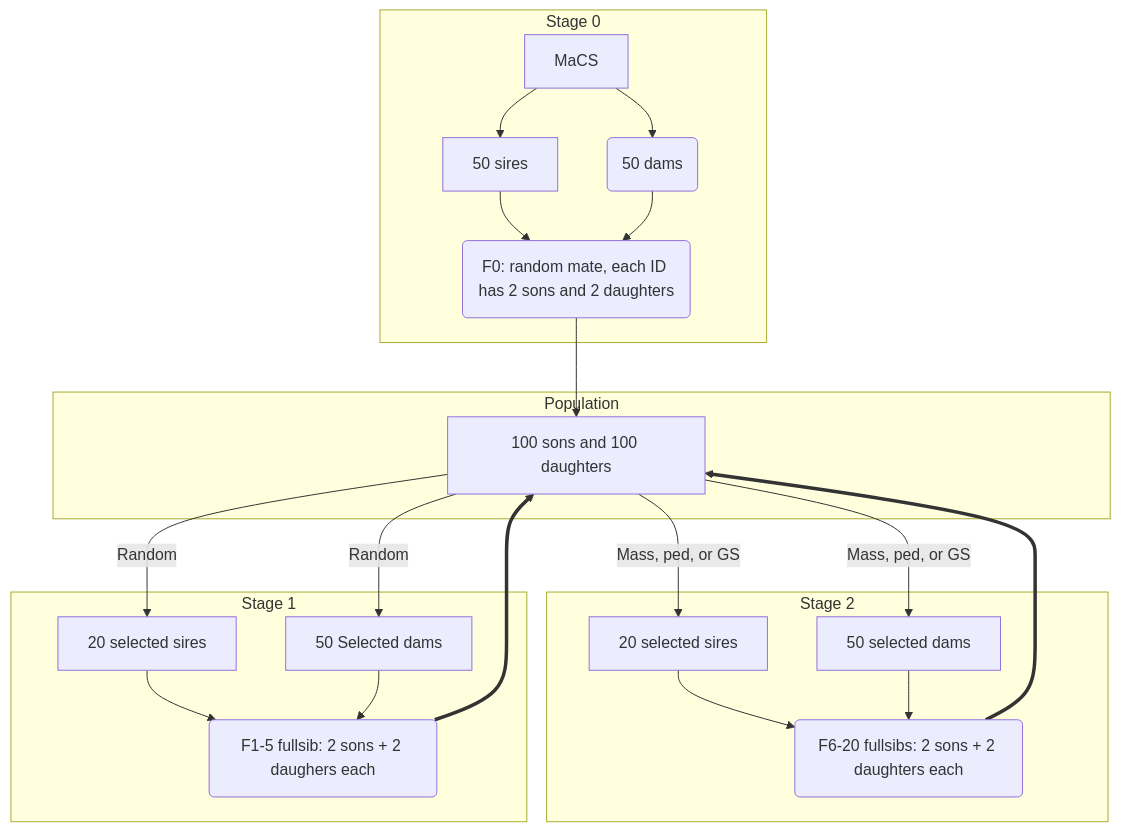
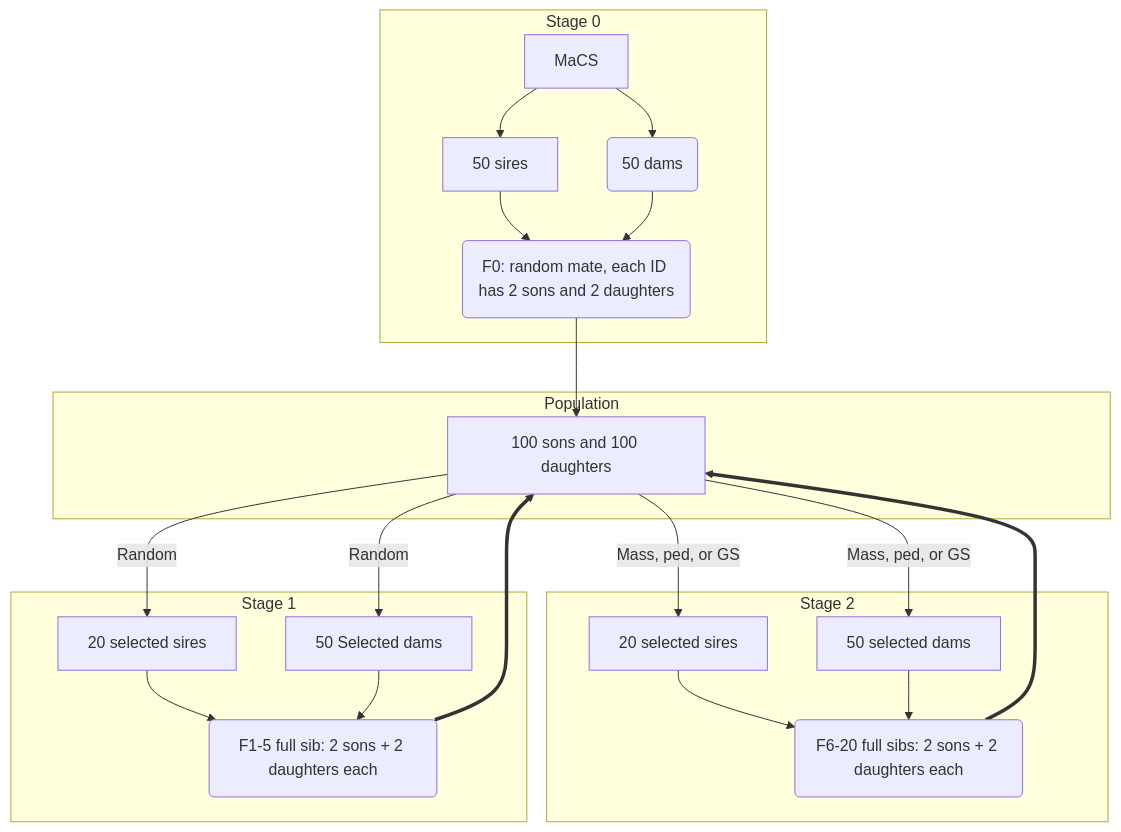
Before and after one commit to xijiang/rumigen.jl: the third of 3 diagrams in docs/effb9.md, drawn with Mermaid. The commit also changed other lines of this file and 11 other files, not shown here.

````diff
--- a/docs/effb9.md
+++ b/docs/effb9.md
@@ -190,27 +190,27 @@
 ```mermaid
 graph TD
   subgraph "Stage 0"
     Founder[MaCS]
     Founder --> Sires
     Founder --> Dams
     Sires[50 sires] --> T(F0: random mate, each ID has 2 sons and 2 daughters)
     Dams(50 dams) --> T
   end
   subgraph "Population"
     T --> Off[100 sons and 100 daughters]
   end
   subgraph "Stage 2"
     Off --> |Mass, ped, or GS| S2[20 selected sires]
     Off --> |Mass, ped, or GS| D2[50 selected dams]
-    S2 --> T3(F6-20 fullsibs: 2 sons + 2 daughters each)
+    S2 --> T3(F6-20 full sibs: 2 sons + 2 daughters each)
     D2 --> T3
     T3 ==> Off
   end
   subgraph "Stage 1"
-    S1 --> T2(F1-5 fullsib: 2 sons + 2 daughers each)
+    S1 --> T2(F1-5 full sib: 2 sons + 2 daughters each)
     D1 --> T2
     T2 ==> Off
     Off --> |Random| S1[20 selected sires]
     Off --> |Random| D1[50 Selected dams]
   end
 ```
````
